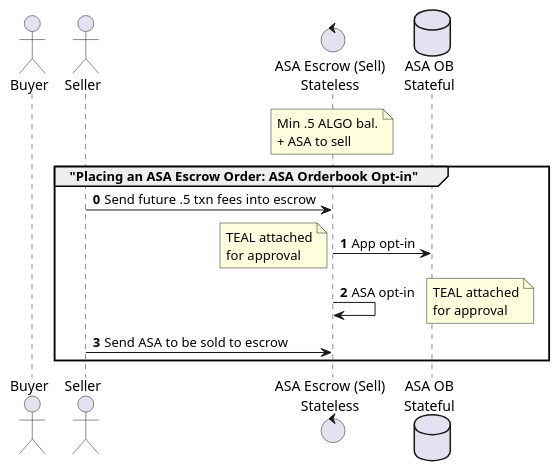
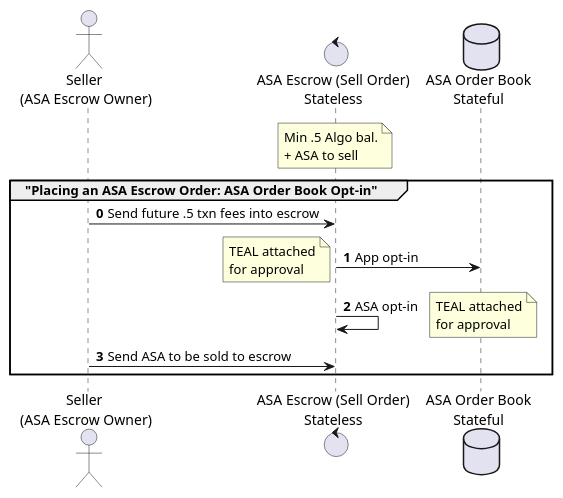
One commit to algodex/algodex-architecture changed the diagram in diagrams/asa_escrow_place_order.puml. Above: the diagram before and after it, drawn with PlantUML. The commit also changed 18 other files, not shown here.

Commit message:
Add architecture updates

```diff
--- a/diagrams/asa_escrow_place_order.puml
+++ b/diagrams/asa_escrow_place_order.puml
@@ -1,18 +1,17 @@
 @startuml
-actor Buyer
-actor Seller
-control "ASA Escrow (Sell)\nStateless" as ASAEscrow
-database "ASA OB\nStateful" as ASAOB
-note over ASAEscrow: Min .5 ALGO bal.\n+ ASA to sell
+actor "Seller \n(ASA Escrow Owner)" as Seller
+control "ASA Escrow (Sell Order)\nStateless" as ASAEscrow
+database "ASA Order Book\nStateful" as ASAOB
+note over ASAEscrow: Min .5 Algo bal.\n+ ASA to sell
 
-group "Placing an ASA Escrow Order: ASA Orderbook Opt-in"
+group "Placing an ASA Escrow Order: ASA Order Book Opt-in"
 autonumber 0
 Seller -> ASAEscrow: Send future .5 txn fees into escrow
 ASAEscrow -> ASAOB: App opt-in
 note left: TEAL attached\nfor approval
 ASAEscrow -> ASAEscrow: ASA opt-in
 note right: TEAL attached\nfor approval
 Seller -> ASAEscrow: Send ASA to be sold to escrow
 end
 
 @enduml
```
